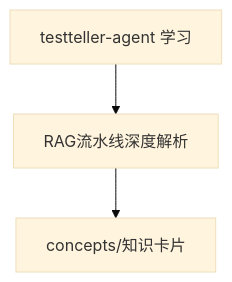
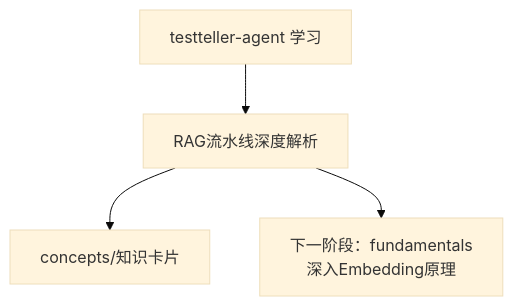
One commit to agooll/Obsidian_vault changed the diagram in 毕业设计项目-testteller-agent-main/PROJECT-MAP.md. Above: the diagram before and after it, drawn with Mermaid (base theme). The commit also changed other lines of this file and 1 other file, not shown here.

````diff
--- a/毕业设计项目-testteller-agent-main/PROJECT-MAP.md
+++ b/毕业设计项目-testteller-agent-main/PROJECT-MAP.md
@@ -8,5 +8,6 @@
 ```mermaid
 flowchart TD
     A[testteller-agent 学习] --> B[RAG流水线深度解析]
     B --> C[concepts/知识卡片]
+    B --> D[下一阶段：fundamentals<br>深入Embedding原理]
 ```
````
